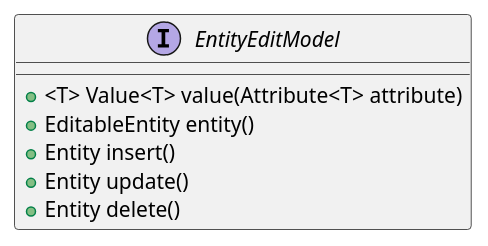
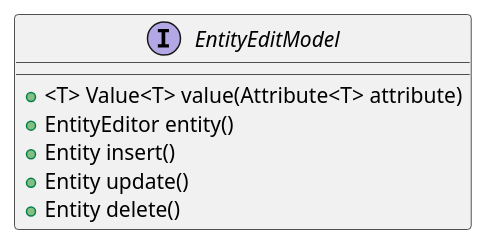
Before and after one commit to codion-is/codion: the diagram in documentation/src/docs/asciidoc/manual/framework-entity-edit-model.adoc, drawn with PlantUML. The commit also changed other lines of this file and 7 other files, not shown here.

Commit message:
EntityEditModel.EditableEntity and EditableValue renamed EntityEditor and ValueEditor respectively

```diff
--- a/documentation/src/docs/asciidoc/manual/framework-entity-edit-model.adoc
+++ b/documentation/src/docs/asciidoc/manual/framework-entity-edit-model.adoc
@@ -5,12 +5,12 @@
 [plantuml,entity-edit-model-diagram,svg,align=center]
 -------------------------------------------
 skinparam genericDisplay old
 
 interface EntityEditModel {
     +<T> Value<T> value(Attribute<T> attribute)
-    +EditableEntity entity()
+    +EntityEditor entity()
     +Entity insert()
     +Entity update()
     +Entity delete()
 }
 -------------------------------------------
```
